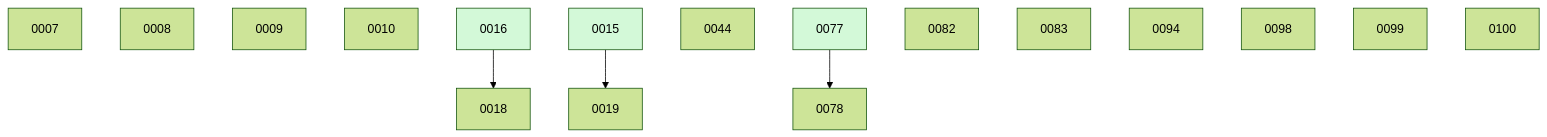
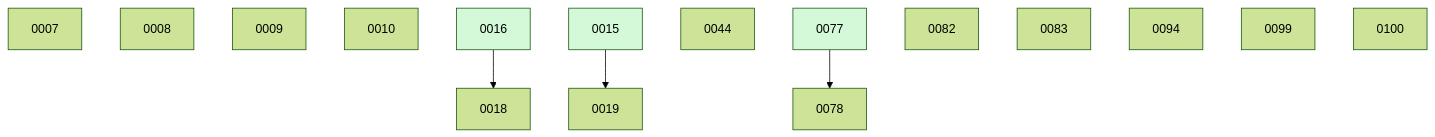
The diagram in docs/changes/BOARD.md (danielhanold/docket), drawn with Mermaid (forest theme) before and after one commit. The commit also changed other lines of this file, not shown here.

````diff
--- a/docs/changes/BOARD.md
+++ b/docs/changes/BOARD.md
@@ -34,21 +33,20 @@
 ```mermaid
 graph TD
   0007
   0008
   0009
   0010
   0016 --> 0018
   0015 --> 0019
   0044
   0077 --> 0078
   0082
   0083
   0094
-  0098
   0099
   0100
   0015:::done
   0016:::done
   0077:::done
   classDef done fill:#d3f9d8;
 ```
````
